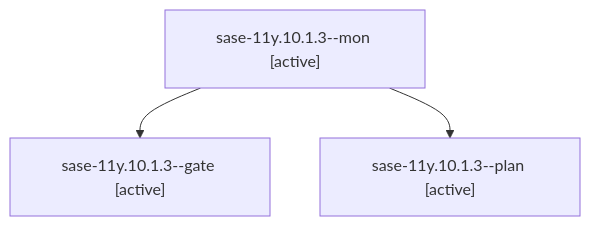
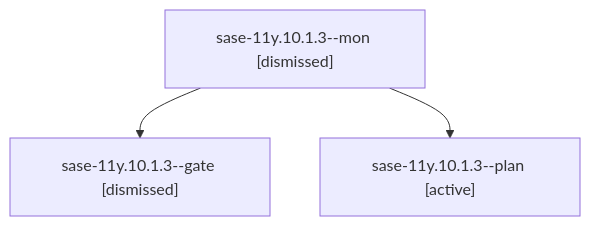
One commit to sase-org/sase--agents changed the diagram in sessions/bbugyi200.athena.sase-11y.10.1.3.md. Above: the diagram before and after it, drawn with Mermaid. The commit also changed other lines of this file and 252 other files, not shown here.

````diff
--- a/sessions/bbugyi200.athena.sase-11y.10.1.3.md
+++ b/sessions/bbugyi200.athena.sase-11y.10.1.3.md
@@ -9,8 +9,8 @@
 ```mermaid
 flowchart TD
-  n0["sase-11y.10.1.3--mon [active]"]
-  n1["sase-11y.10.1.3--gate [active]"]
+  n0["sase-11y.10.1.3--mon [dismissed]"]
+  n1["sase-11y.10.1.3--gate [dismissed]"]
   n0 --> n1
   n2["sase-11y.10.1.3--plan [active]"]
   n0 --> n2
 ```
````
